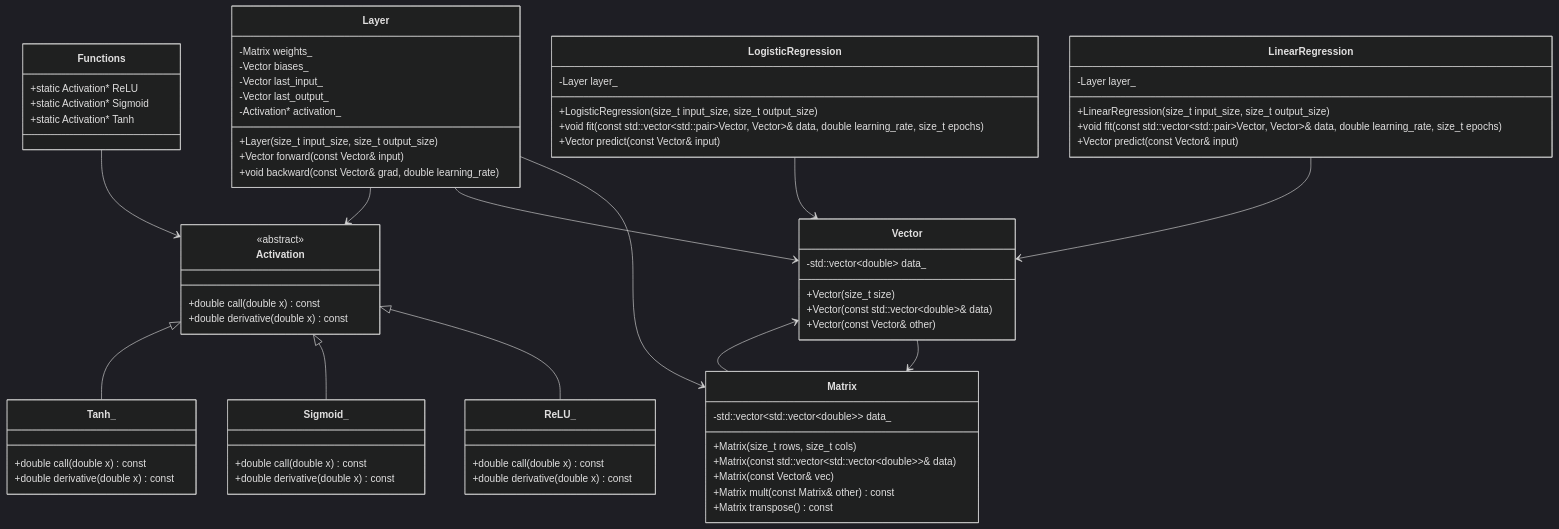
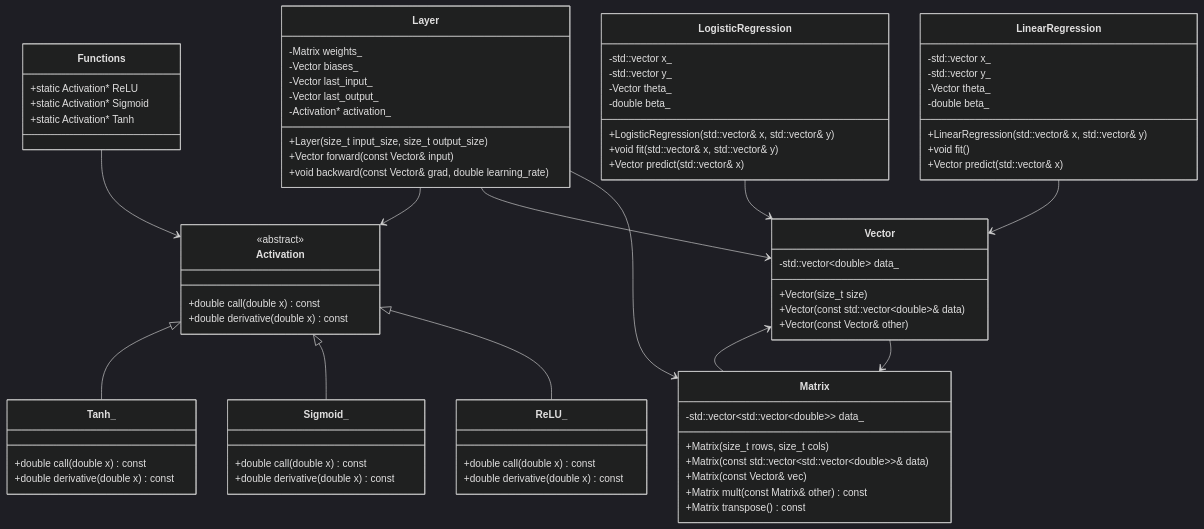
Before and after one commit to dattali18/CPP-Math-Library: the diagram in README.md, drawn with Mermaid (dark theme).

```diff
--- a/README.md
+++ b/README.md
@@ -74,17 +74,23 @@
     }
 
     class LinearRegression {
-        +LinearRegression(size_t input_size, size_t output_size)
-        +void fit(const std::vector~std::pair~Vector, Vector>& data, double learning_rate, size_t epochs)
-        +Vector predict(const Vector& input)
-        -Layer layer_
+        +LinearRegression(std::vector<Vector>& x, std::vector<Vector>& y)
+        +void fit()
+        +Vector predict(std::vector<Vector>& x)
+        -std::vector<Vector> x_
+        -std::vector<vector> y_
+        -Vector theta_
+        -double beta_
     }
 
     class LogisticRegression {
-        +LogisticRegression(size_t input_size, size_t output_size)
-        +void fit(const std::vector~std::pair~Vector, Vector>& data, double learning_rate, size_t epochs)
-        +Vector predict(const Vector& input)
-        -Layer layer_
+        +LogisticRegression(std::vector<Vector>& x, std::vector<Vector>& y)
+        +void fit(std::vector<Vector>& x, std::vector<Vector>& y)
+        +Vector predict(std::vector<Vector>& x)
+        -std::vector<Vector> x_
+        -std::vector<vector> y_
+        -Vector theta_
+        -double beta_
     }
 
     Vector --> Matrix
```
